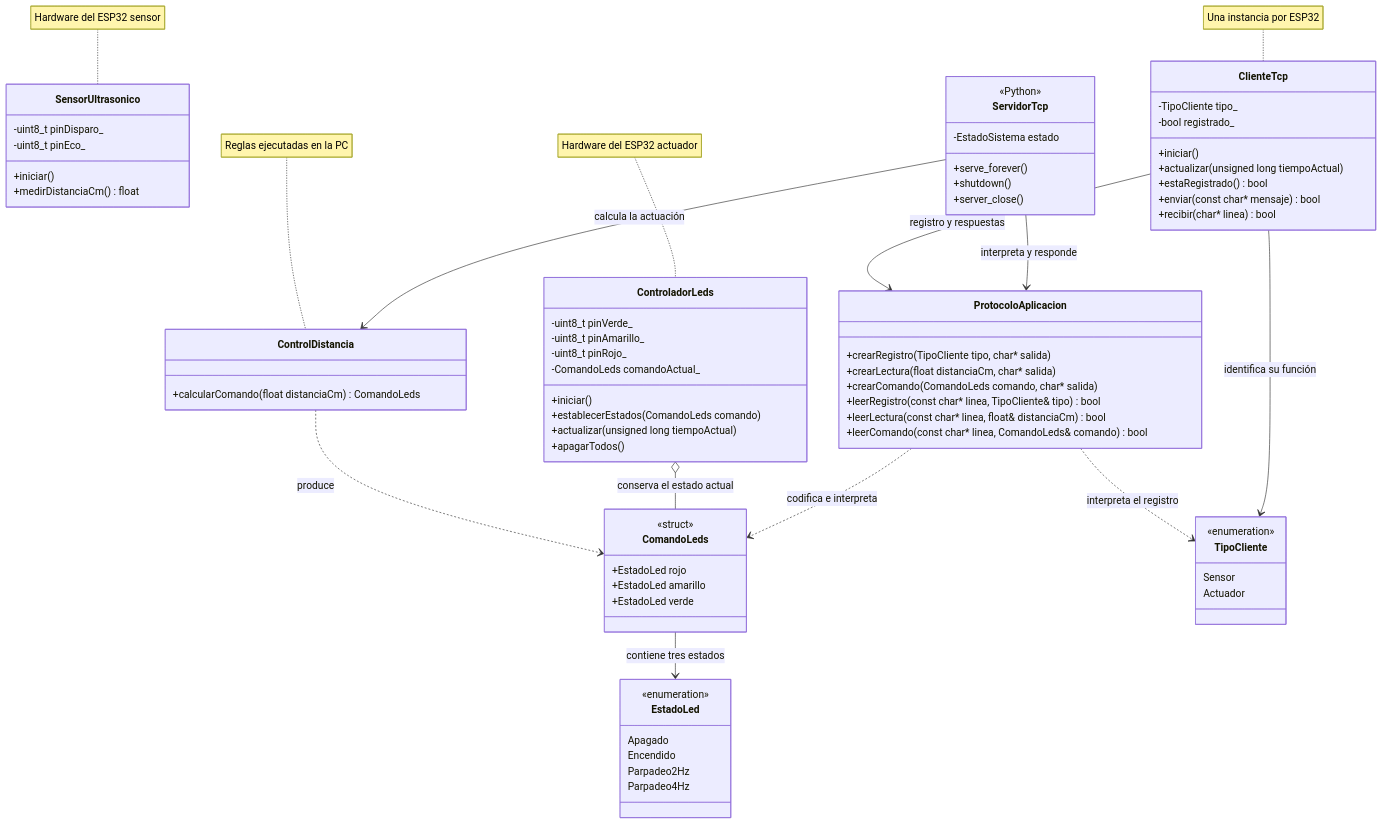
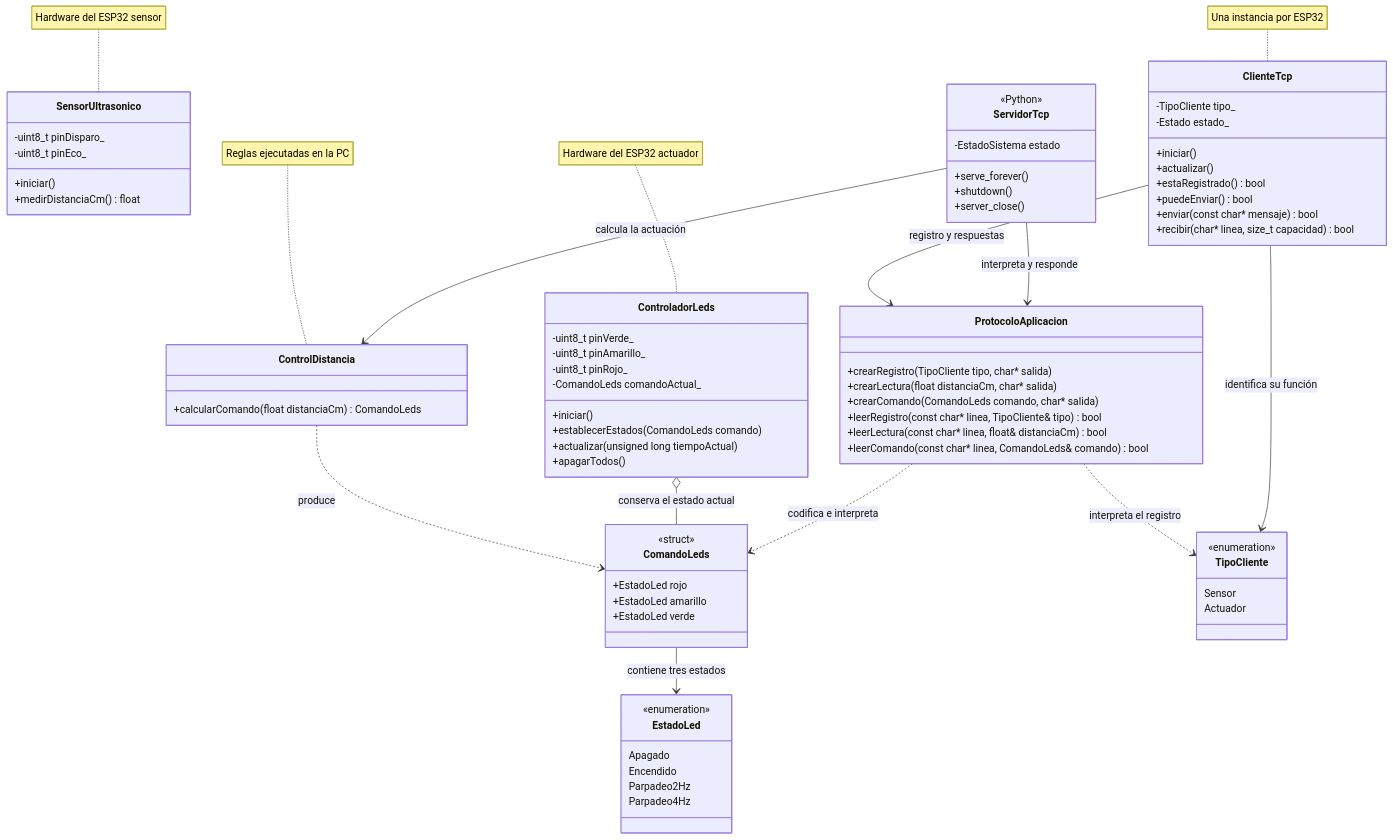
One commit to JustAdrianMercado/Integracion-de-Objetos-Inteligentes-con-TCP-IP changed the second of 4 diagrams in docs/diagramas/Diseno_del_sistema.md. Above: the diagram before and after it, drawn with Mermaid. The commit also changed other lines of this file and 24 other files, not shown here.

```diff
--- a/docs/diagramas/Diseno_del_sistema.md
+++ b/docs/diagramas/Diseno_del_sistema.md
@@ -196,12 +196,13 @@
 
     class ClienteTcp {
         -TipoCliente tipo_
-        -bool registrado_
+        -Estado estado_
         +iniciar()
-        +actualizar(unsigned long tiempoActual)
+        +actualizar()
         +estaRegistrado() bool
+        +puedeEnviar() bool
         +enviar(const char* mensaje) bool
-        +recibir(char* linea) bool
+        +recibir(char* linea, size_t capacidad) bool
     }
 
     class ServidorTcp {
```
